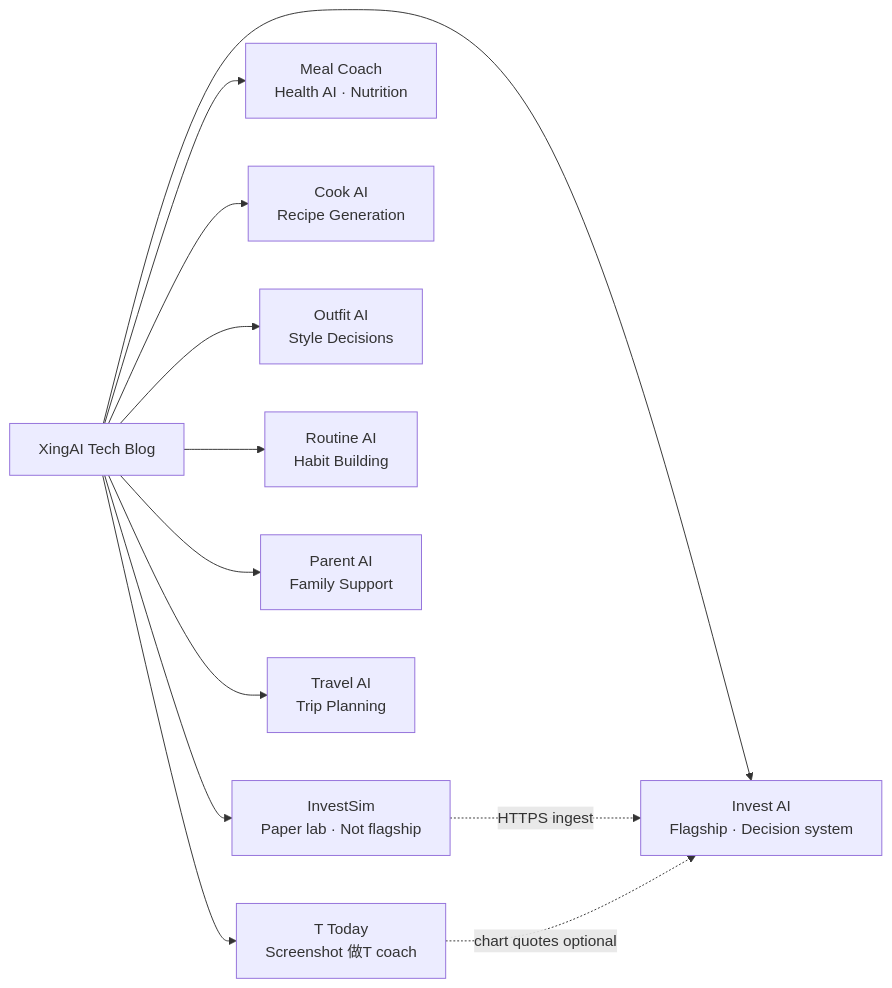
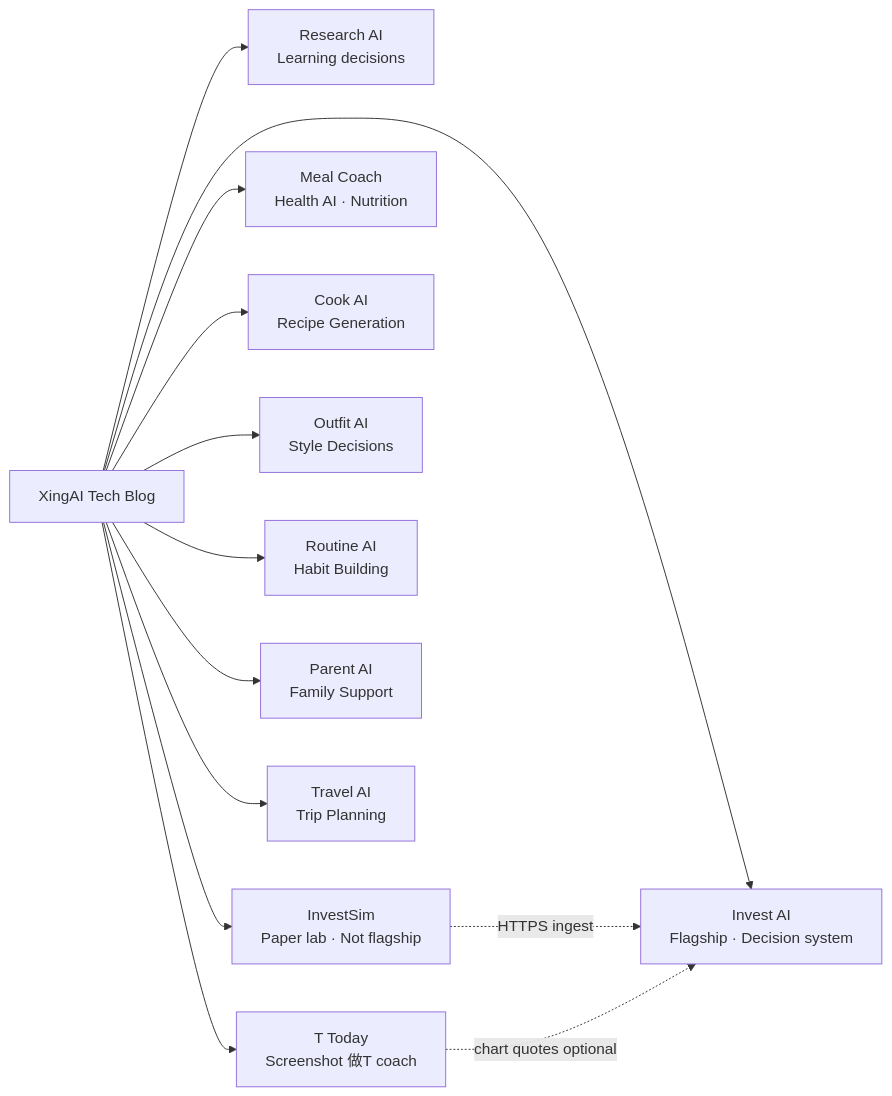
One commit to xingaiapp/xingai-tech-blog changed the diagram in README.md. Above: the diagram before and after it, drawn with Mermaid. The commit also changed other lines of this file and 6 other files, not shown here.

First line of the commit message:
docs: publish Research AI architecture posts (EN + zh)

````diff
--- a/README.md
+++ b/README.md
@@ -49,15 +52,16 @@
 ```mermaid
 graph LR
     BLOG["XingAI Tech Blog"]
+    BLOG --> RESEARCH["Research AI<br/>Learning decisions"]
     BLOG --> INVEST["Invest AI<br/>Flagship · Decision system"]
     BLOG --> INVESTSIM["InvestSim<br/>Paper lab · Not flagship"]
     BLOG --> MEAL["Meal Coach<br/>Health AI · Nutrition"]
     BLOG --> COOK["Cook AI<br/>Recipe Generation"]
     BLOG --> OUTFIT["Outfit AI<br/>Style Decisions"]
     BLOG --> ROUTINE["Routine AI<br/>Habit Building"]
     BLOG --> PARENT["Parent AI<br/>Family Support"]
     BLOG --> TRAVEL["Travel AI<br/>Trip Planning"]
     BLOG --> TTODAY["T Today<br/>Screenshot 做T coach"]
     INVESTSIM -.->|"HTTPS ingest"| INVEST
     TTODAY -.->|"chart quotes optional"| INVEST
 ```
````
